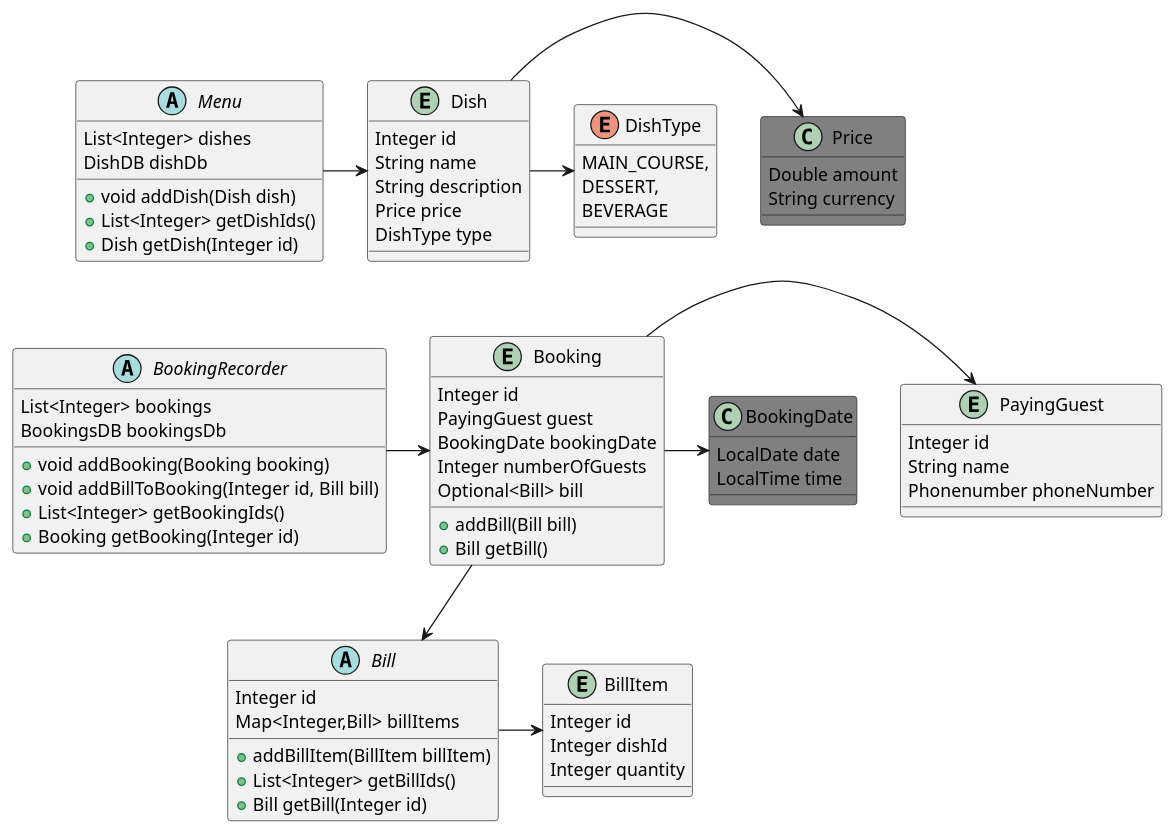
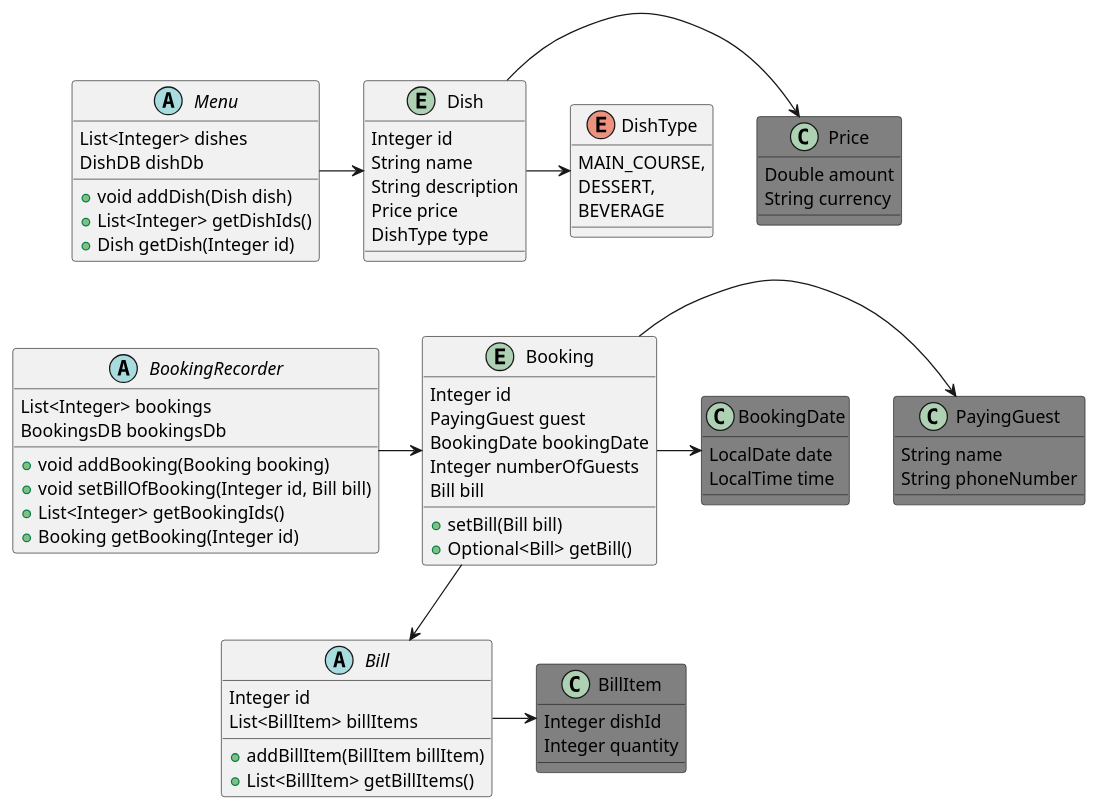
The diagram in src/domain_driven_design/restaurant_booking/diagrams/domain_classes.puml (JonasHellgren/JavaBasics), drawn with PlantUML before and after one commit. The commit also changed 52 other files, not shown here.

```diff
--- a/src/domain_driven_design/restaurant_booking/diagrams/domain_classes.puml
+++ b/src/domain_driven_design/restaurant_booking/diagrams/domain_classes.puml
@@ -1,109 +1,109 @@
 @startuml
 
 
 together {
   class Menu
   entity Dish
   enum DishType
 }
 
 together {
   abstract BookingRecorder
   entity Booking
   class BookingDate
   abstract Bill
-  entity BillItem
+  class BillItem
 }
 
 entity Dish {
   Integer id
   String name
   String description
   Price price
   DishType type
 }
 
 class  Price #grey {
   Double amount
   String currency
 }
 
-entity PayingGuest {
-  Integer id
+class PayingGuest #grey {
   String name
-  Phonenumber phoneNumber
+  String phoneNumber
 }
 
-Menu -> Dish
-Dish -> DishType
-Dish -> Price
-
-BookingRecorder -> Booking
-Booking -down-> Bill
-Booking -> BookingDate
-
-
-Bill -> BillItem
-Menu -[hidden]-> BookingRecorder
-BookingRecorder -[hidden]-> Bill
-
-Booking -> PayingGuest
 
 entity Booking {
   Integer id
   PayingGuest guest
   BookingDate bookingDate
   Integer numberOfGuests
-  Optional<Bill> bill
-  + addBill(Bill bill)
-  + Bill getBill()
+  Bill bill
+  + setBill(Bill bill)
+  + Optional<Bill> getBill()
 }
-
 
 
 class BookingDate #grey {
   LocalDate date
   LocalTime time
 }
 
-entity BillItem {
-  Integer id
+class BillItem #grey {
   Integer dishId
   Integer quantity
 }
+
+
 
 enum DishType {
   MAIN_COURSE,
   DESSERT,
   BEVERAGE
 }
 
 abstract Menu {
   List<Integer> dishes
   DishDB dishDb
   + void addDish(Dish dish)
   + List<Integer> getDishIds()
   + Dish getDish(Integer id)
 }
 
 abstract Bill {
   Integer id
-  Map<Integer,Bill> billItems
+  List<BillItem> billItems
   + addBillItem(BillItem billItem)
-  + List<Integer> getBillIds()
-  + Bill getBill(Integer id)
+  + List<BillItem> getBillItems()
+
 }
 
 
 
 abstract BookingRecorder{
   List<Integer> bookings
   BookingsDB bookingsDb
   + void addBooking(Booking booking)
-  + void addBillToBooking(Integer id, Bill bill)
+  + void setBillOfBooking(Integer id, Bill bill)
   + List<Integer> getBookingIds()
   + Booking getBooking(Integer id)
 }
 
+Menu -> Dish
+Dish -> DishType
+Dish -> Price
+
+BookingRecorder -> Booking
+Booking -down-> Bill
+Booking -> BookingDate
+
+Bill -> BillItem
+Menu -[hidden]-> BookingRecorder
+BookingRecorder -[hidden]-> Bill
+
+Booking -> PayingGuest
+
+
 
 @enduml
```
